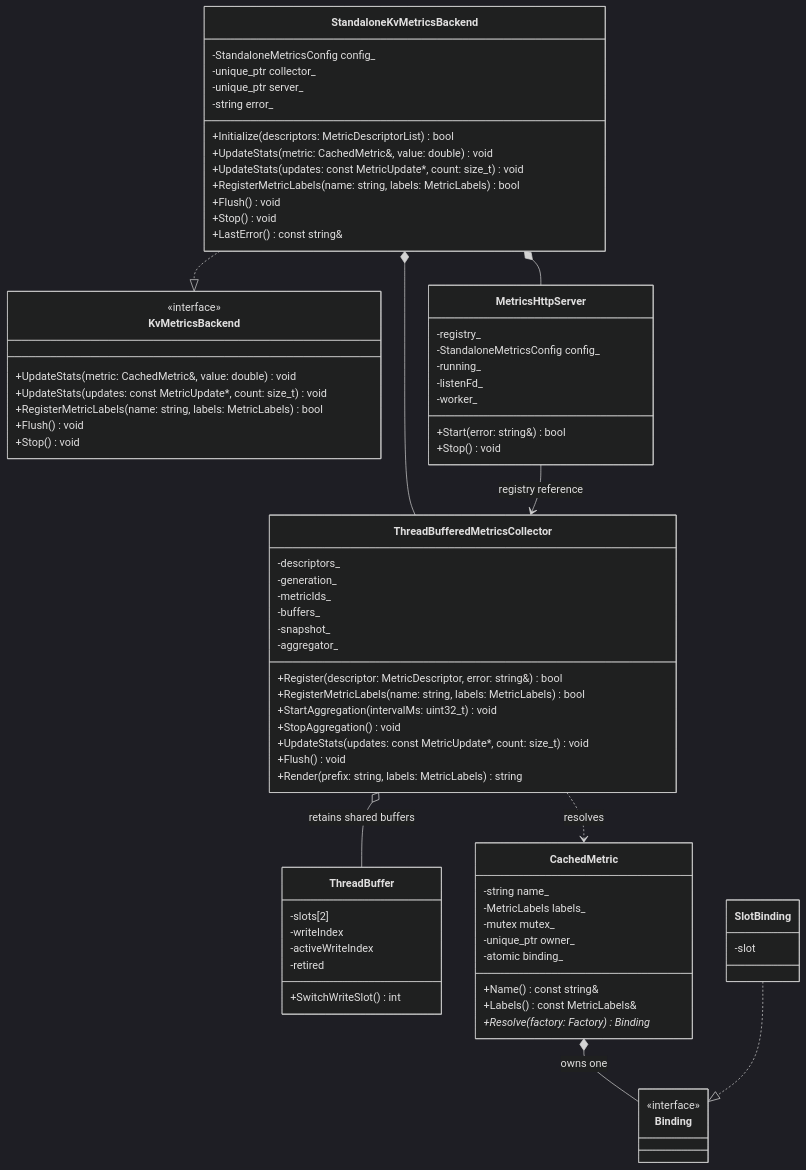
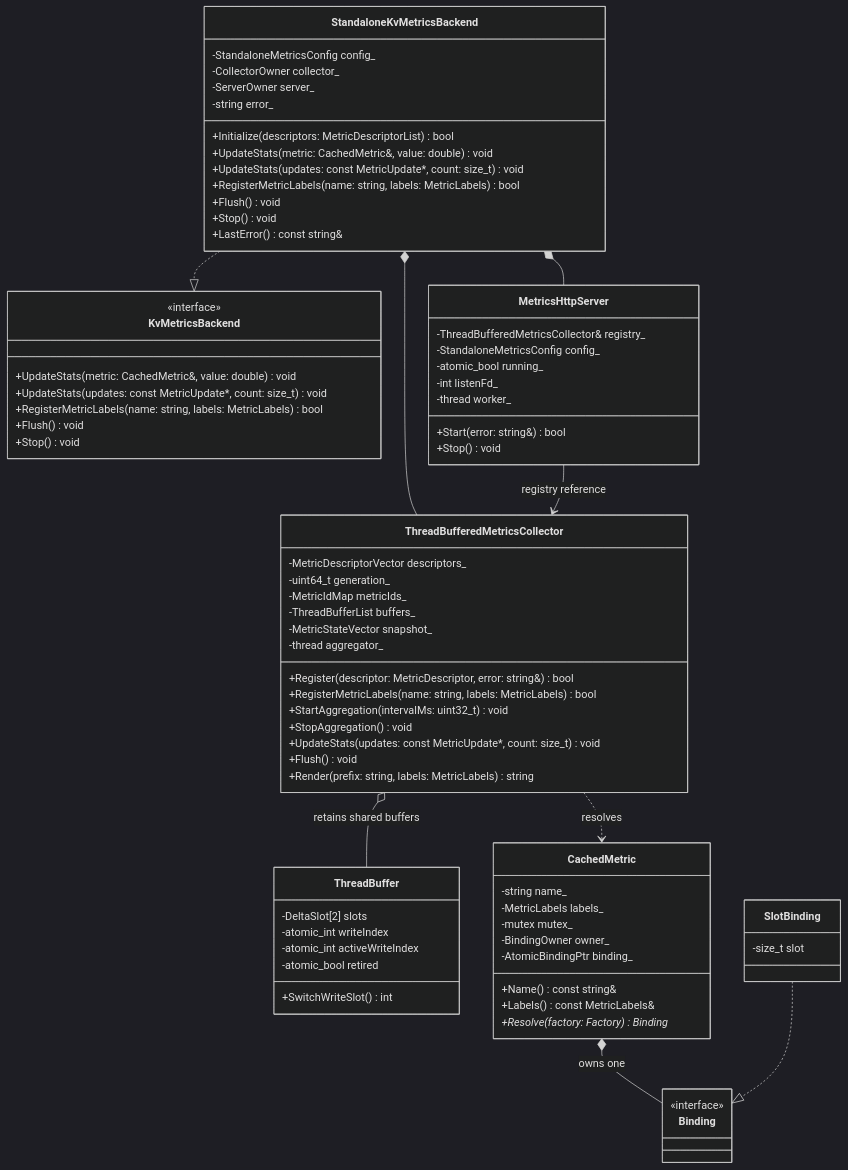
The third of 11 diagrams in kv_semantics/metrics/docs/kv_metrics_facade_story_design.md (yuanzhg078/unified-cache-management), drawn with Mermaid (dark theme) before and after one commit. The commit also changed other lines of this file, not shown here.

````diff
--- a/kv_semantics/metrics/docs/kv_metrics_facade_story_design.md
+++ b/kv_semantics/metrics/docs/kv_metrics_facade_story_design.md
@@ -168,80 +168,80 @@
 ```mermaid
 classDiagram
     direction TB
     class KvMetricsBackend {
         <<interface>>
         +UpdateStats(metric: CachedMetric&, value: double) void
         +UpdateStats(updates: const MetricUpdate*, count: size_t) void
         +RegisterMetricLabels(name: string, labels: MetricLabels) bool
         +Flush() void
         +Stop() void
     }
     class StandaloneKvMetricsBackend {
         -StandaloneMetricsConfig config_
-        -unique_ptr collector_
-        -unique_ptr server_
+        -CollectorOwner collector_
+        -ServerOwner server_
         -string error_
         +Initialize(descriptors: MetricDescriptorList) bool
         +UpdateStats(metric: CachedMetric&, value: double) void
         +UpdateStats(updates: const MetricUpdate*, count: size_t) void
         +RegisterMetricLabels(name: string, labels: MetricLabels) bool
         +Flush() void
         +Stop() void
         +LastError() const string&
     }
     class ThreadBufferedMetricsCollector {
-        -descriptors_
-        -generation_
-        -metricIds_
-        -buffers_
-        -snapshot_
-        -aggregator_
+        -MetricDescriptorVector descriptors_
+        -uint64_t generation_
+        -MetricIdMap metricIds_
+        -ThreadBufferList buffers_
+        -MetricStateVector snapshot_
+        -thread aggregator_
         +Register(descriptor: MetricDescriptor, error: string&) bool
         +RegisterMetricLabels(name: string, labels: MetricLabels) bool
         +StartAggregation(intervalMs: uint32_t) void
         +StopAggregation() void
         +UpdateStats(updates: const MetricUpdate*, count: size_t) void
         +Flush() void
         +Render(prefix: string, labels: MetricLabels) string
     }
     class ThreadBuffer {
-        -slots[2]
-        -writeIndex
-        -activeWriteIndex
-        -retired
+        -DeltaSlot[2] slots
+        -atomic_int writeIndex
+        -atomic_int activeWriteIndex
+        -atomic_bool retired
         +SwitchWriteSlot() int
     }
     class MetricsHttpServer {
-        -registry_
+        -ThreadBufferedMetricsCollector& registry_
         -StandaloneMetricsConfig config_
-        -running_
-        -listenFd_
-        -worker_
+        -atomic_bool running_
+        -int listenFd_
+        -thread worker_
         +Start(error: string&) bool
         +Stop() void
     }
     class CachedMetric {
         -string name_
         -MetricLabels labels_
         -mutex mutex_
-        -unique_ptr owner_
-        -atomic binding_
+        -BindingOwner owner_
+        -AtomicBindingPtr binding_
         +Name() const string&
         +Labels() const MetricLabels&
         +Resolve(factory: Factory) Binding*
     }
     class Binding {
         <<interface>>
     }
     class SlotBinding {
-        -slot
+        -size_t slot
     }
     StandaloneKvMetricsBackend ..|> KvMetricsBackend
     StandaloneKvMetricsBackend *-- ThreadBufferedMetricsCollector
     StandaloneKvMetricsBackend *-- MetricsHttpServer
     ThreadBufferedMetricsCollector o-- ThreadBuffer : retains shared buffers
     MetricsHttpServer --> ThreadBufferedMetricsCollector : registry reference
     ThreadBufferedMetricsCollector ..> CachedMetric : resolves
     CachedMetric *-- Binding : owns one
     SlotBinding ..|> Binding
 ```
````
